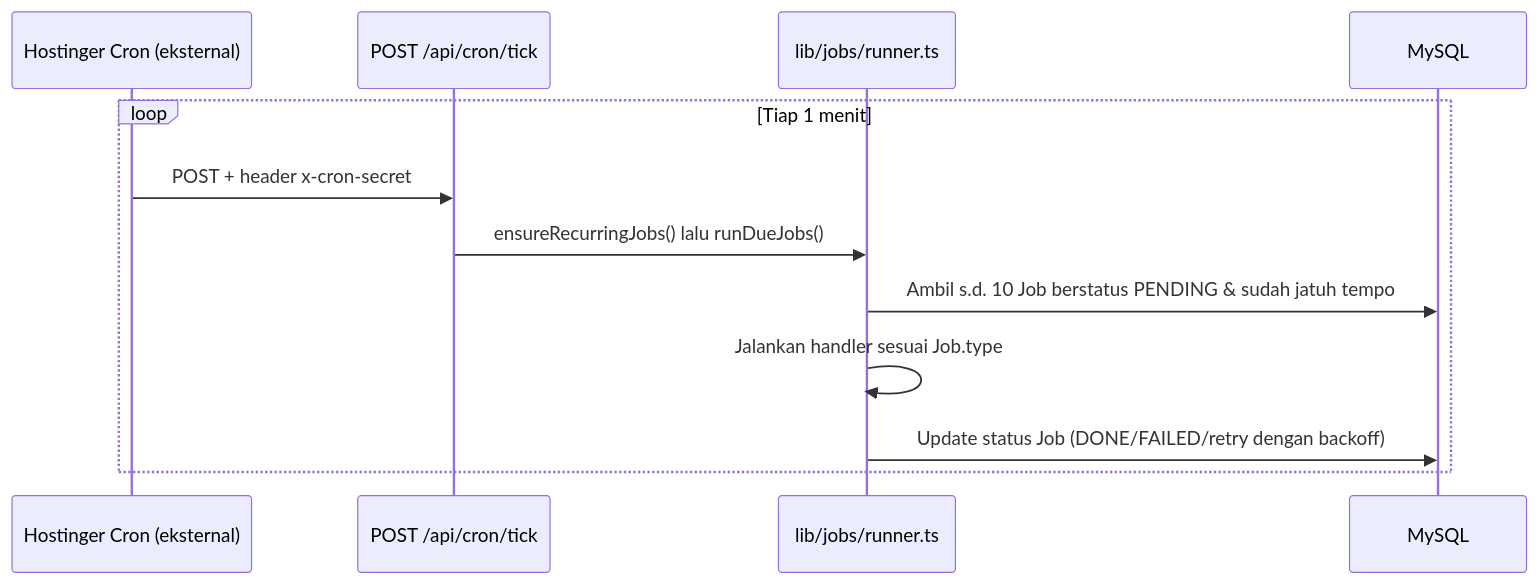
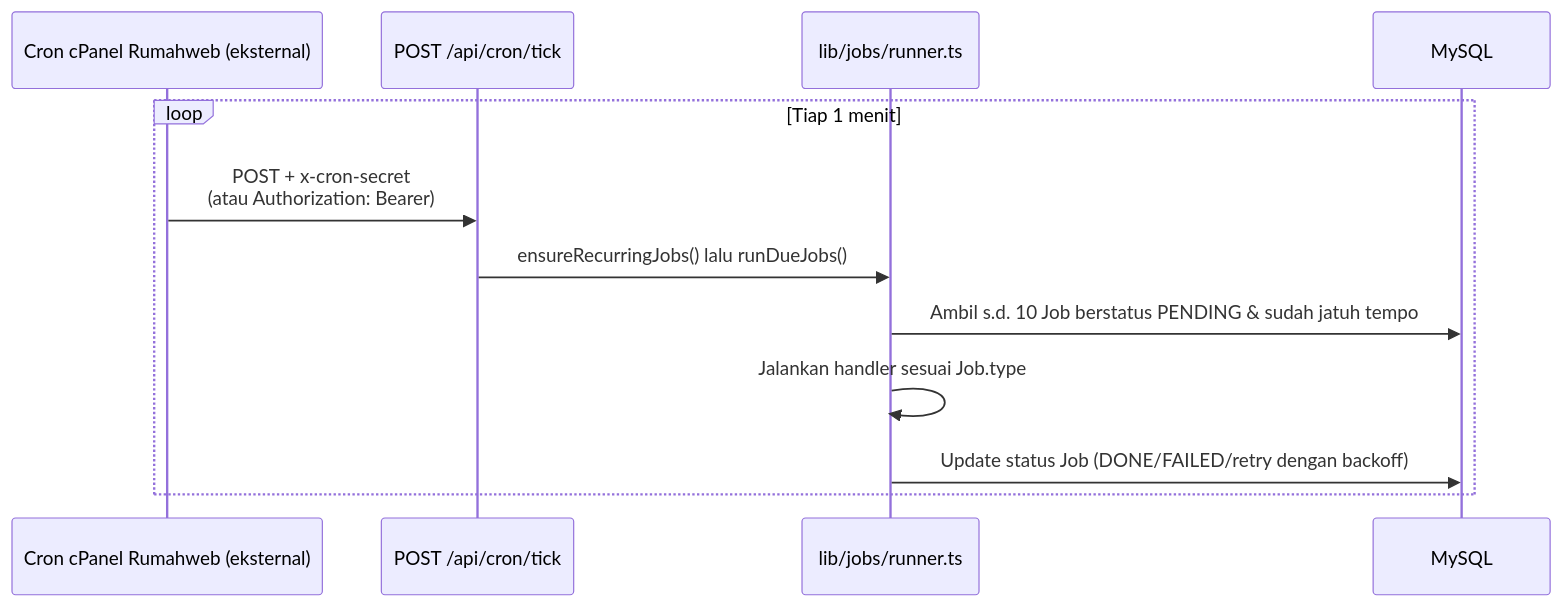
Before and after one commit to DannShop/DANNSHOP-E-COMMERCE: the fourth of 4 diagrams in docs/01-ARSITEKTUR.md, drawn with Mermaid. The commit also changed other lines of this file and 8 other files, not shown here.

````diff
--- a/docs/01-ARSITEKTUR.md
+++ b/docs/01-ARSITEKTUR.md
@@ -134,15 +194,15 @@
 ```mermaid
 sequenceDiagram
-    participant Cron as Hostinger Cron (eksternal)
+    participant Cron as Cron cPanel Rumahweb (eksternal)
     participant Route as POST /api/cron/tick
     participant Runner as lib/jobs/runner.ts
     participant DB as MySQL
 
     loop Tiap 1 menit
-        Cron->>Route: POST + header x-cron-secret
+        Cron->>Route: POST + x-cron-secret<br/>(atau Authorization: Bearer)
         Route->>Runner: ensureRecurringJobs() lalu runDueJobs()
         Runner->>DB: Ambil s.d. 10 Job berstatus PENDING & sudah jatuh tempo
         Runner->>Runner: Jalankan handler sesuai Job.type
         Runner->>DB: Update status Job (DONE/FAILED/retry dengan backoff)
     end
 ```
````
